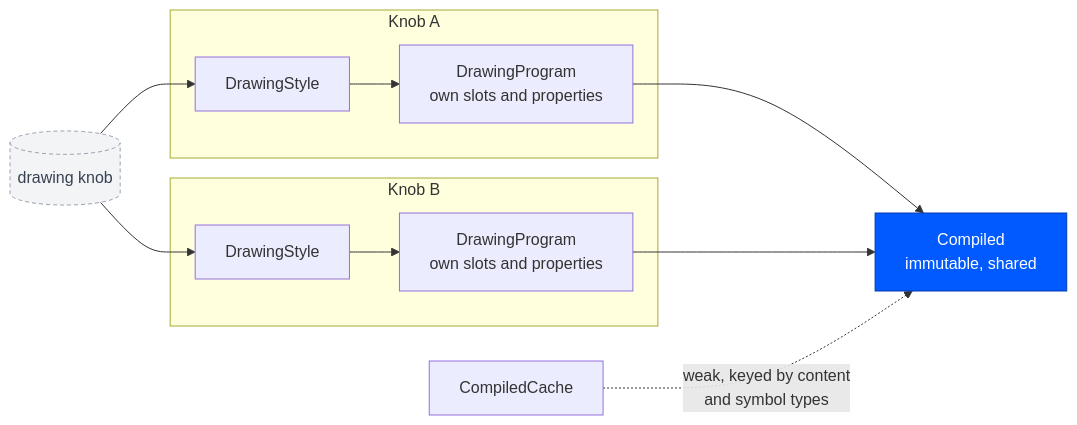
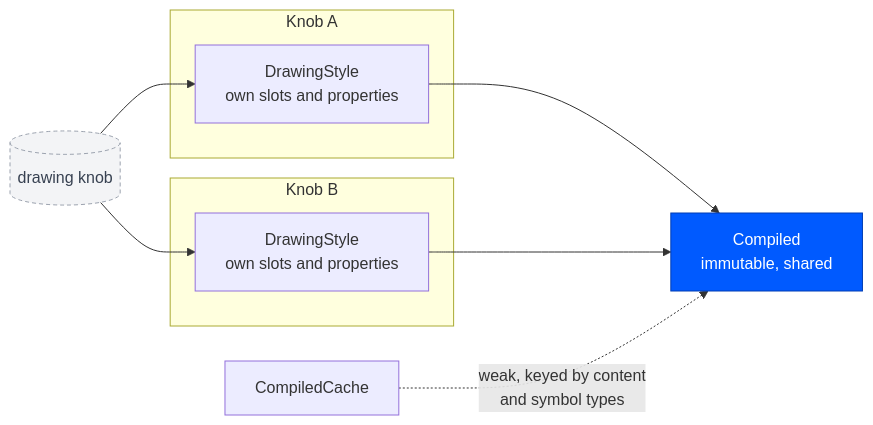
Before and after one commit to kunitoki/yup: the seventh of 10 diagrams in docs/ui/yui-architecture.md, drawn with Mermaid. The commit also changed other lines of this file and 48 other files, not shown here.

````diff
--- a/docs/ui/yui-architecture.md
+++ b/docs/ui/yui-architecture.md
@@ -268,21 +269,21 @@
 ```mermaid
 flowchart LR
     source[("drawing knob")]:::ext
 
     subgraph knobA [Knob A]
-        styleA[DrawingStyle] --> programA["DrawingProgram<br/>own slots and properties"]
+        styleA["DrawingStyle<br/>own slots and properties"]
     end
 
     subgraph knobB [Knob B]
-        styleB[DrawingStyle] --> programB["DrawingProgram<br/>own slots and properties"]
+        styleB["DrawingStyle<br/>own slots and properties"]
     end
 
     source --> styleA
     source --> styleB
-    programA --> compiled["Compiled<br/>immutable, shared"]:::self
-    programB --> compiled
+    styleA --> compiled["Compiled<br/>immutable, shared"]:::self
+    styleB --> compiled
     cache[CompiledCache] -. "weak, keyed by content<br/>and symbol types" .-> compiled
 
     classDef self fill:#005aff,color:#fff,stroke:#003db3;
     classDef ext fill:#f3f4f6,color:#374151,stroke:#9ca3af,stroke-dasharray:4 3;
 ```
````
